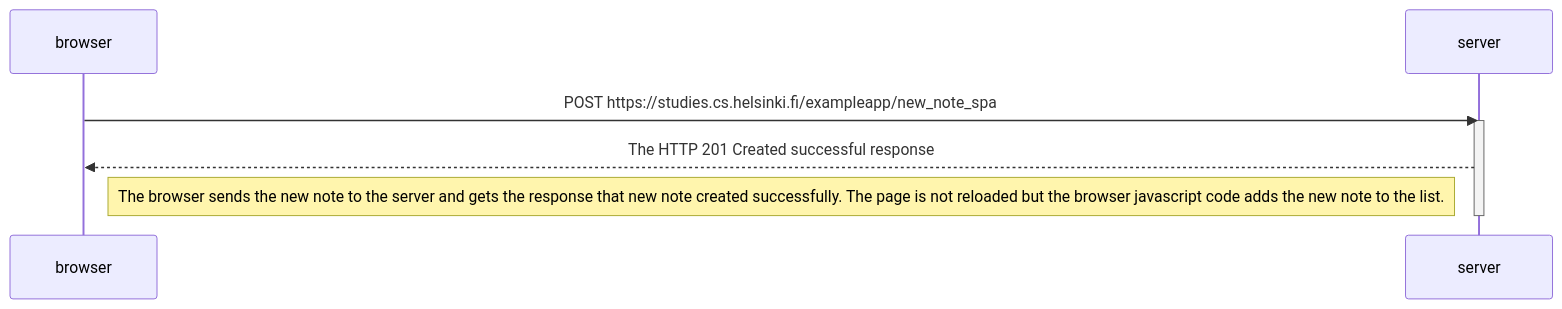
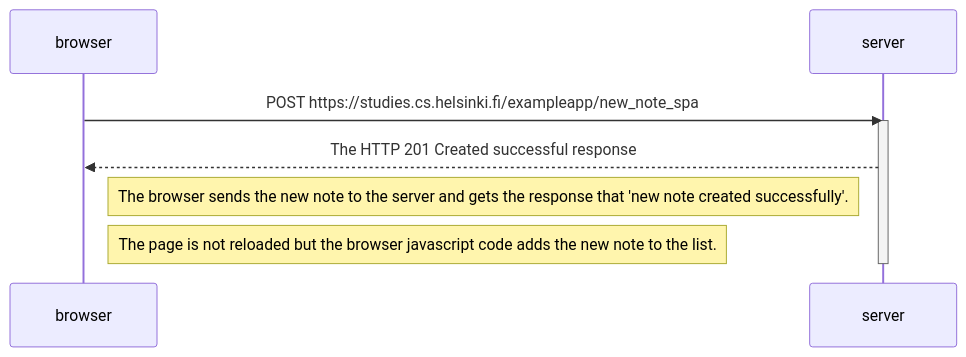
Before and after one commit to vsorvala/render-test: the diagram in src/osa0/input0.6.mmd, drawn with Mermaid. The commit also changed 52 other files, not shown here.

```diff
--- a/src/osa0/input0.6.mmd
+++ b/src/osa0/input0.6.mmd
@@ -1,10 +1,10 @@
 sequenceDiagram
     participant browser
     participant server
     
     browser->>server: POST https://studies.cs.helsinki.fi/exampleapp/new_note_spa
     activate server
     server-->>browser: The HTTP 201 Created successful response 
-    Note right of browser: The browser sends the new note to the server and gets the response that new note created successfully. The page is not reloaded but the browser javascript code adds the new note to the list.
-
+    Note right of browser: The browser sends the new note to the server and gets the response that 'new note created successfully'.
+    Note right of browser:  The page is not reloaded but the browser javascript code adds the new note to the list.
     deactivate server
```
